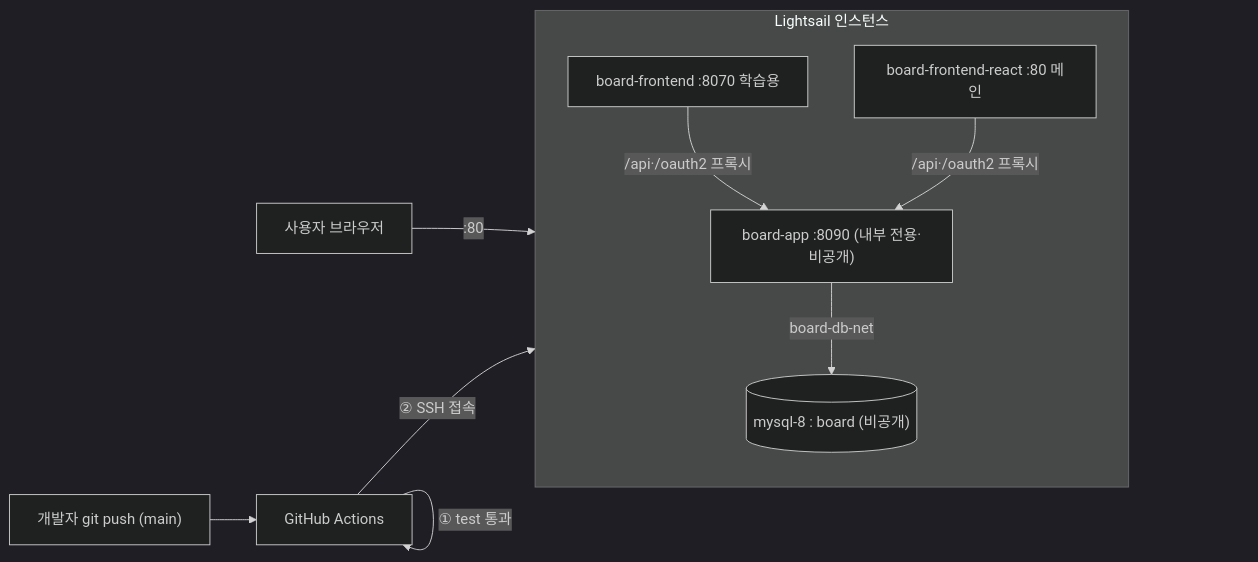
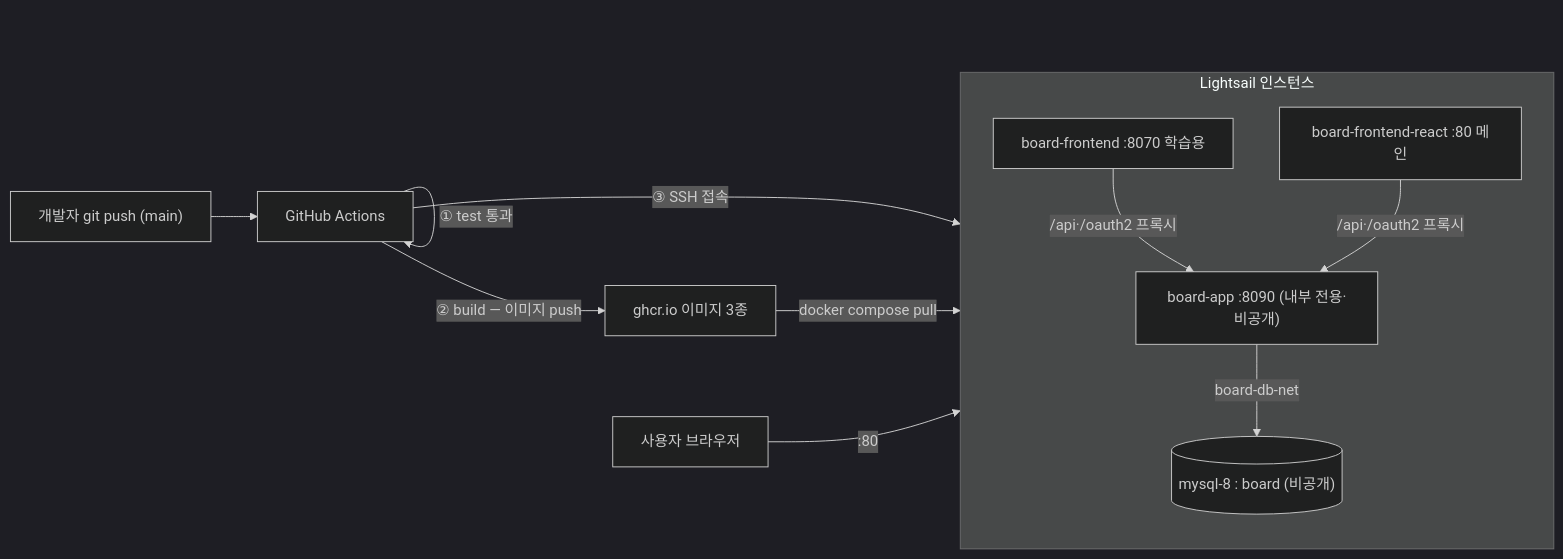
One commit to icesnake72/boards changed the diagram in docs/lecture/DEPLOY-LIGHTSAIL.md. Above: the diagram before and after it, drawn with Mermaid (dark theme). The commit also changed other lines of this file and 2 other files, not shown here.

First line of the commit message:
docs: 배포 문서 무스왑 전환 반영 — AL2023·GHCR·pull 전용 서버

````diff
--- a/docs/lecture/DEPLOY-LIGHTSAIL.md
+++ b/docs/lecture/DEPLOY-LIGHTSAIL.md
@@ -19,12 +19,14 @@
 ```mermaid
 flowchart LR
   DEV["개발자 git push (main)"] --> GH["GitHub Actions"]
   GH -->|"① test 통과"| GH
-  GH -->|"② SSH 접속"| LS["Lightsail 3.34.173.34"]
+  GH -->|"② build — 이미지 push"| GHCR["ghcr.io 이미지 3종"]
+  GH -->|"③ SSH 접속"| LS["Lightsail 3.34.173.34"]
+  GHCR -->|"docker compose pull"| LS
   subgraph LS["Lightsail 인스턴스"]
     APP["board-app :8090 (내부 전용·비공개)"] -->|"board-db-net"| DB[("mysql-8 : board (비공개)")]
     FE1["board-frontend :8070 학습용"] -->|"/api·/oauth2 프록시"| APP
     FE2["board-frontend-react :80 메인"] -->|"/api·/oauth2 프록시"| APP
   end
   USER["사용자 브라우저"] -->|":80"| LS
 ```
````
